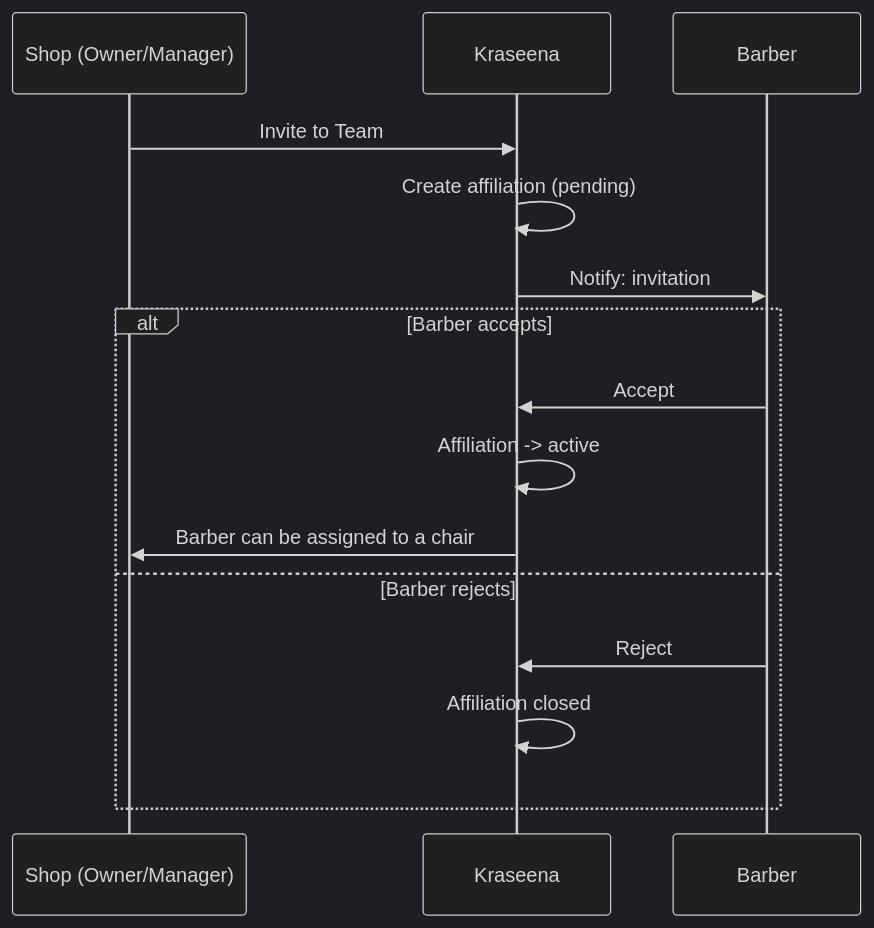
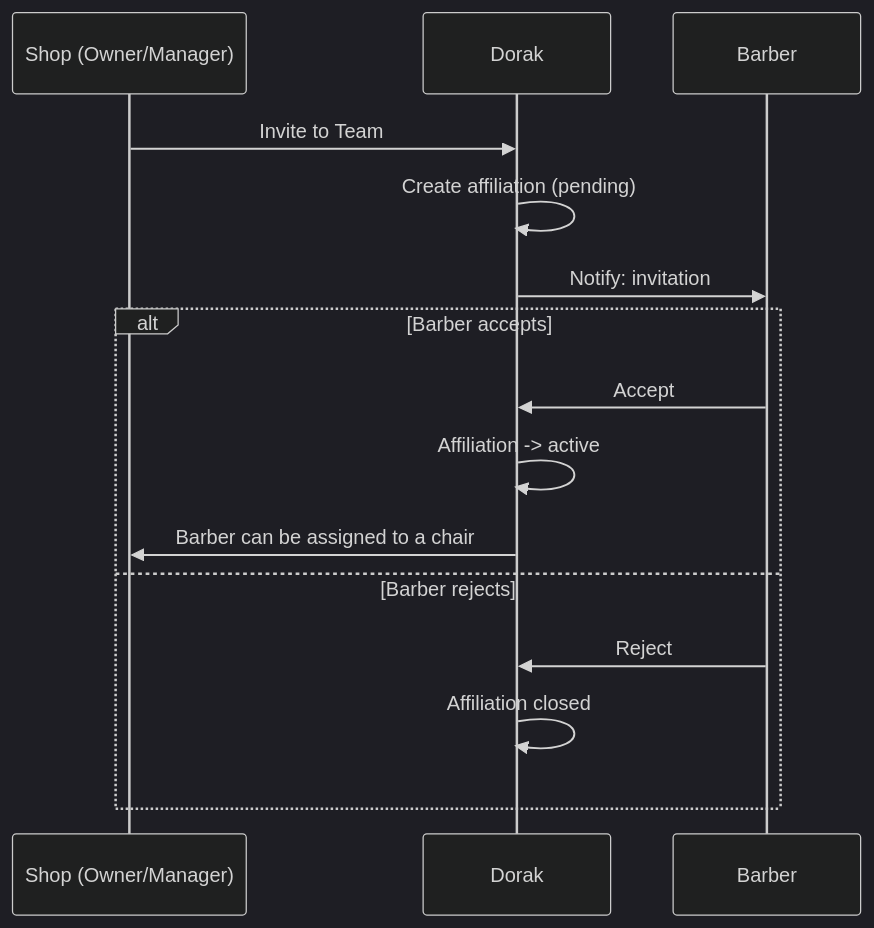
One commit to abdullah-al-habbal/dorak-backend changed the fifth of 8 diagrams in docs/07_user-flows.md. Above: the diagram before and after it, drawn with Mermaid (dark theme). The commit also changed 6 other files, not shown here.

Commit message:
fix: update product name from Kraseena to Dorak across documentation

````diff
--- a/docs/07_user-flows.md
+++ b/docs/07_user-flows.md
@@ -124,17 +124,17 @@
 ```mermaid
 sequenceDiagram
     participant S as Shop (Owner/Manager)
-    participant K as Kraseena
+    participant K as Dorak
     participant B as Barber
     S->>K: Invite to Team
     K->>K: Create affiliation (pending)
     K->>B: Notify: invitation
     alt Barber accepts
         B->>K: Accept
         K->>K: Affiliation -> active
         K->>S: Barber can be assigned to a chair
     else Barber rejects
         B->>K: Reject
         K->>K: Affiliation closed
     end
 ```
````
